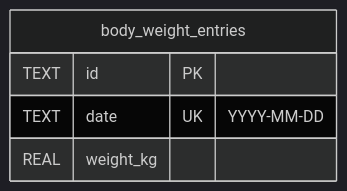
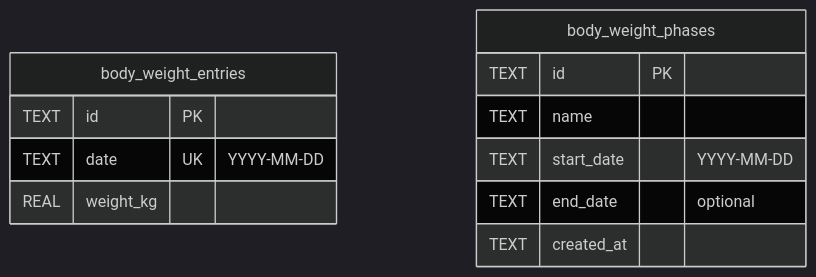
One commit to ABorges2003/GymLog changed the second of 3 diagrams in README.md. Above: the diagram before and after it, drawn with Mermaid (dark theme). The commit also changed other lines of this file and 39 other files, not shown here.

````diff
--- a/README.md
+++ b/README.md
@@ -204,8 +211,15 @@
 ```mermaid
 erDiagram
     body_weight_entries {
         TEXT id PK
         TEXT date UK "YYYY-MM-DD"
         REAL weight_kg
     }
+    body_weight_phases {
+        TEXT id PK
+        TEXT name
+        TEXT start_date "YYYY-MM-DD"
+        TEXT end_date "optional"
+        TEXT created_at
+    }
 ```
````
